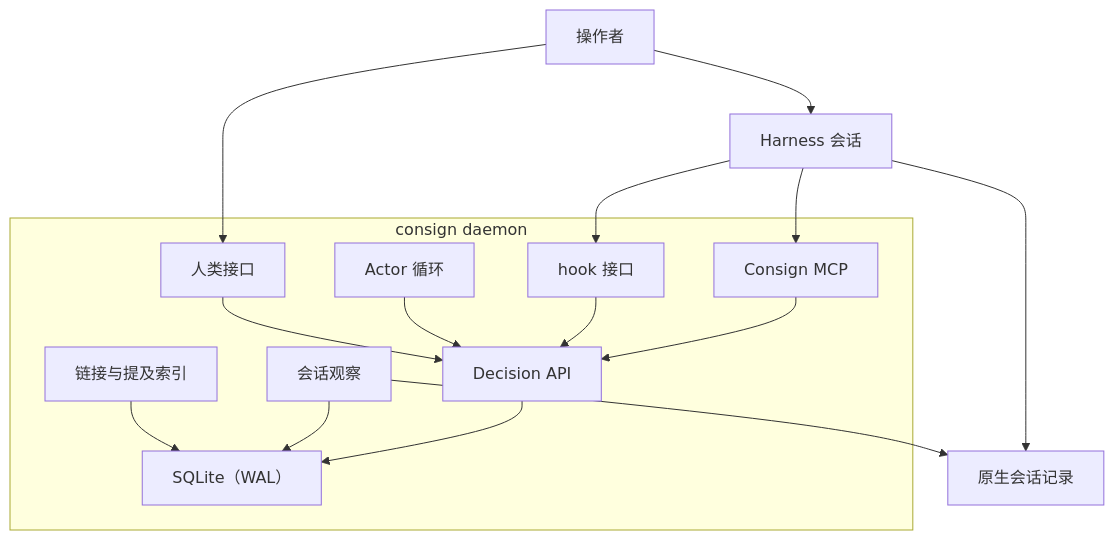
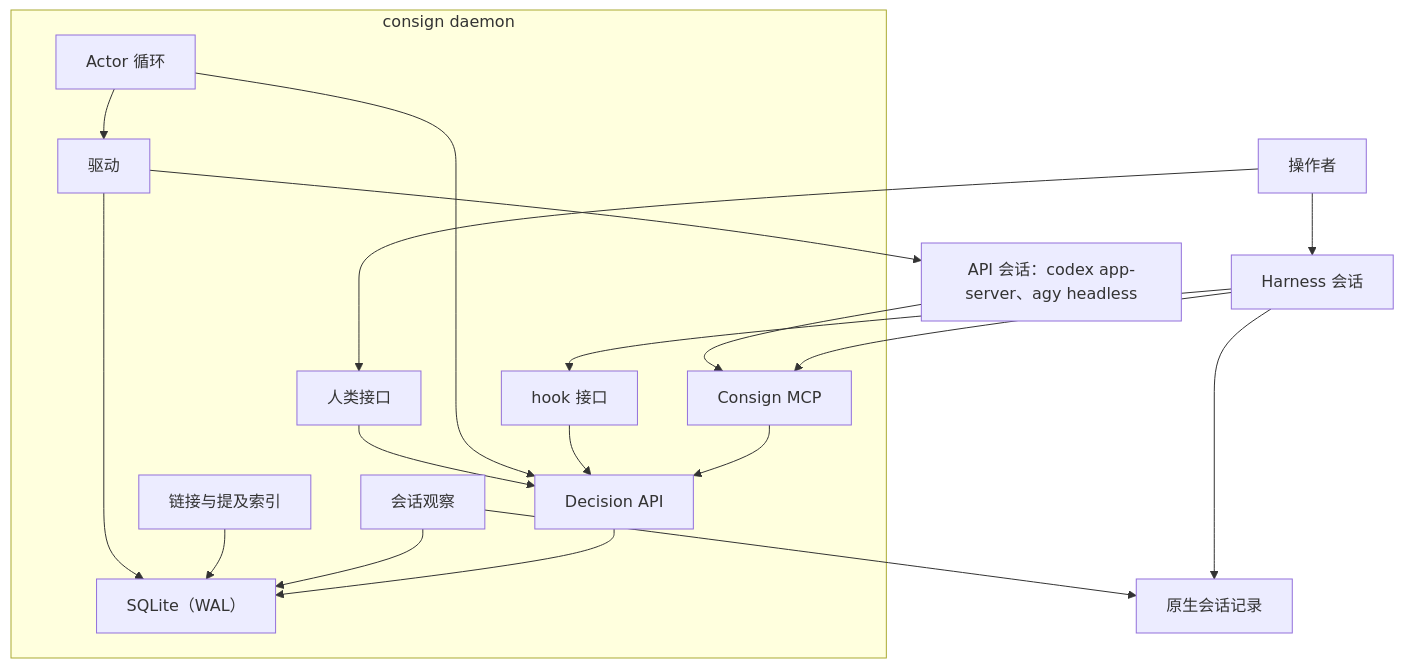
The second of 2 diagrams in IMPLEMENTATION.md (zhscn/consign), drawn with Mermaid before and after one commit. The commit also changed other lines of this file and 1 other file, not shown here.

First line of the commit message:
Restore driving for API-key sessions

````diff
--- a/IMPLEMENTATION.md
+++ b/IMPLEMENTATION.md
@@ -296,29 +315,35 @@
 ```mermaid
 flowchart TB
   OP["操作者"]
   H["Harness 会话"]
   LOGS["原生会话记录"]
   subgraph D["consign daemon"]
     HAPI["人类接口"]
     MCP["Consign MCP"]
     HOOK["hook 接口"]
     PDP["Decision API"]
     OBS["会话观察"]
     IDX["链接与提及索引"]
     ACT["Actor 循环"]
+    DRV["驱动"]
     DB["SQLite（WAL）"]
   end
+  HA["API 会话：codex app-server、agy headless"]
   OP --> H
   OP --> HAPI
   H --> MCP
   H --> HOOK
   H --> LOGS
   OBS --> LOGS
   MCP --> PDP
   HOOK --> PDP
   ACT --> PDP
   HAPI --> PDP
   PDP --> DB
   OBS --> DB
   IDX --> DB
+  ACT --> DRV
+  DRV --> HA
+  HA --> MCP
+  DRV --> DB
 ```
````
